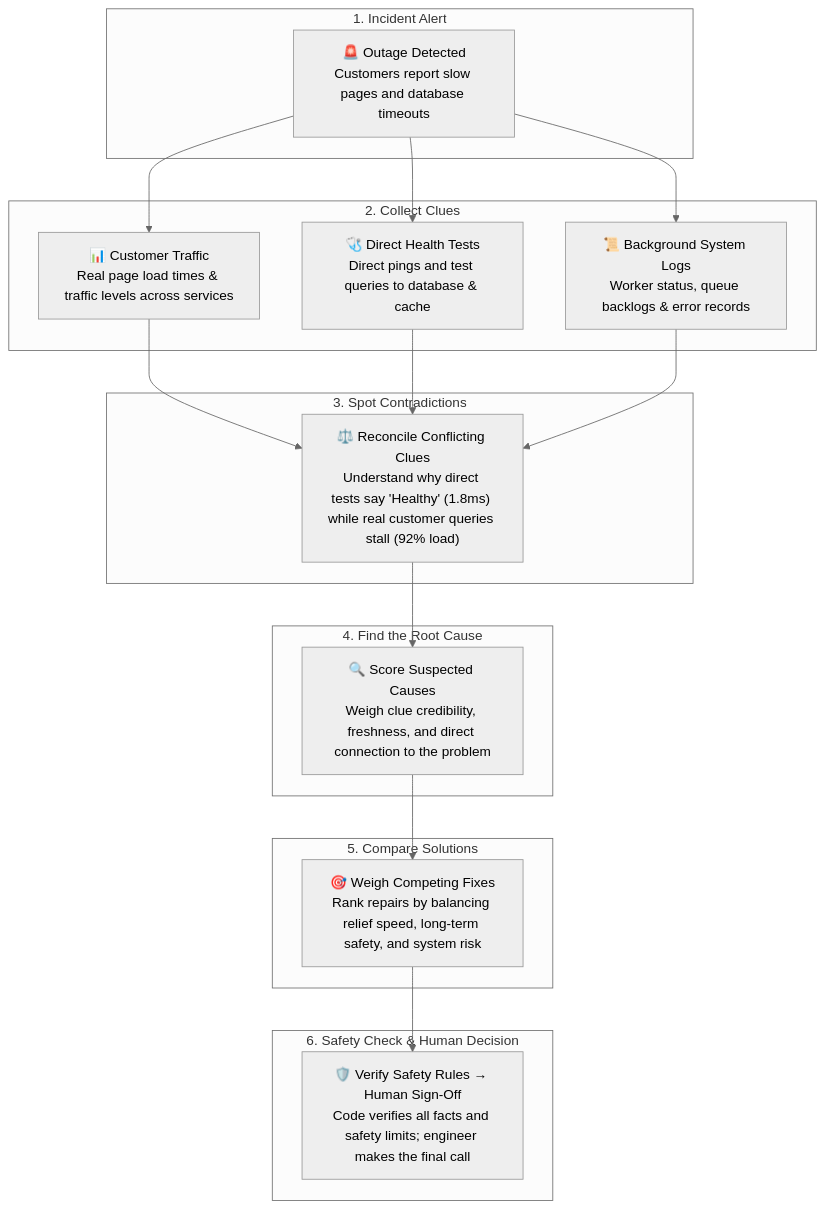
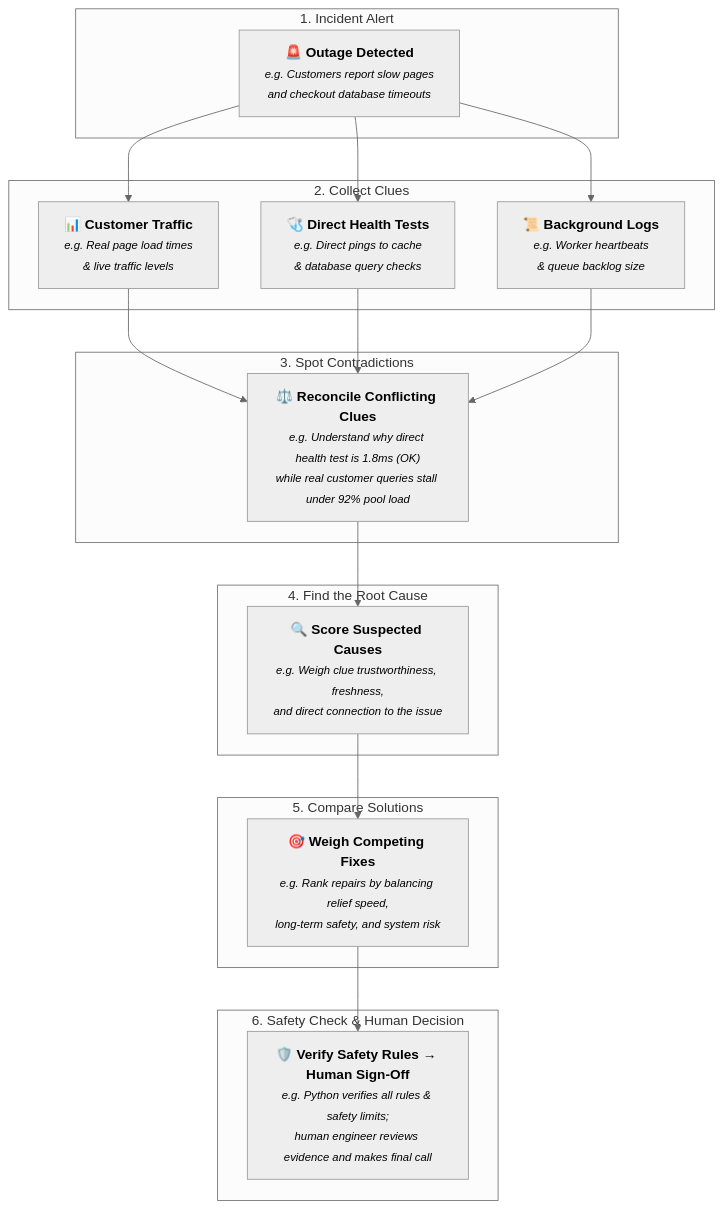
One commit to AnasBabari/LEC_AI changed the second of 3 diagrams in README.md. Above: the diagram before and after it, drawn with Mermaid (neutral theme). The commit also changed other lines of this file, not shown here.

First line of the commit message:
docs(readme): format Mermaid descriptions with e.g. prefix, small italics, and explicit line wraps

````diff
--- a/README.md
+++ b/README.md
@@ -137,40 +137,40 @@
 ```mermaid
 flowchart TD
     subgraph S1["1. Incident Alert"]
-        Alert["🚨 Outage Detected<br/>Customers report slow pages and database timeouts"]
+        Alert["<b>🚨 Outage Detected</b><br/><small><i>e.g. Customers report slow pages<br/>and checkout database timeouts</i></small>"]
     end
 
     subgraph S2["2. Collect Clues"]
-        Telemetry["📊 Customer Traffic<br/>Real page load times & traffic levels across services"]
-        Probes["🩺 Direct Health Tests<br/>Direct pings and test queries to database & cache"]
-        Logs["📜 Background System Logs<br/>Worker status, queue backlogs & error records"]
+        Telemetry["<b>📊 Customer Traffic</b><br/><small><i>e.g. Real page load times<br/>& live traffic levels</i></small>"]
+        Probes["<b>🩺 Direct Health Tests</b><br/><small><i>e.g. Direct pings to cache<br/>& database query checks</i></small>"]
+        Logs["<b>📜 Background Logs</b><br/><small><i>e.g. Worker heartbeats<br/>& queue backlog size</i></small>"]
     end
 
     subgraph S3["3. Spot Contradictions"]
-        Tension["⚖️ Reconcile Conflicting Clues<br/>Understand why direct tests say 'Healthy' (1.8ms) while real customer queries stall (92% load)"]
+        Tension["<b>⚖️ Reconcile Conflicting Clues</b><br/><small><i>e.g. Understand why direct health test is 1.8ms (OK)<br/>while real customer queries stall under 92% pool load</i></small>"]
     end
 
     subgraph S4["4. Find the Root Cause"]
-        Causes["🔍 Score Suspected Causes<br/>Weigh clue credibility, freshness, and direct connection to the problem"]
+        Causes["<b>🔍 Score Suspected Causes</b><br/><small><i>e.g. Weigh clue trustworthiness, freshness,<br/>and direct connection to the issue</i></small>"]
     end
 
     subgraph S5["5. Compare Solutions"]
-        Repairs["🎯 Weigh Competing Fixes<br/>Rank repairs by balancing relief speed, long-term safety, and system risk"]
+        Repairs["<b>🎯 Weigh Competing Fixes</b><br/><small><i>e.g. Rank repairs by balancing relief speed,<br/>long-term safety, and system risk</i></small>"]
     end
 
     subgraph S6["6. Safety Check & Human Decision"]
-        Approval["🛡️ Verify Safety Rules → Human Sign-Off<br/>Code verifies all facts and safety limits; engineer makes the final call"]
+        Approval["<b>🛡️ Verify Safety Rules → Human Sign-Off</b><br/><small><i>e.g. Python verifies all rules & safety limits;<br/>human engineer reviews evidence and makes final call</i></small>"]
     end
 
     Alert --> Telemetry
     Alert --> Probes
     Alert --> Logs
 
     Telemetry --> Tension
     Probes --> Tension
     Logs --> Tension
 
     Tension --> Causes
     Causes --> Repairs
     Repairs --> Approval
 ```
````
